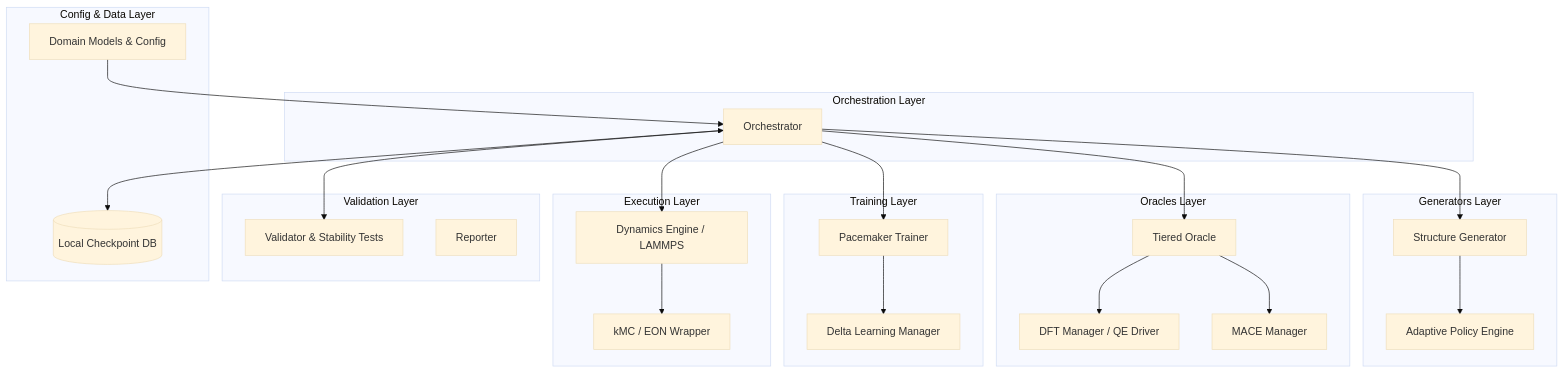
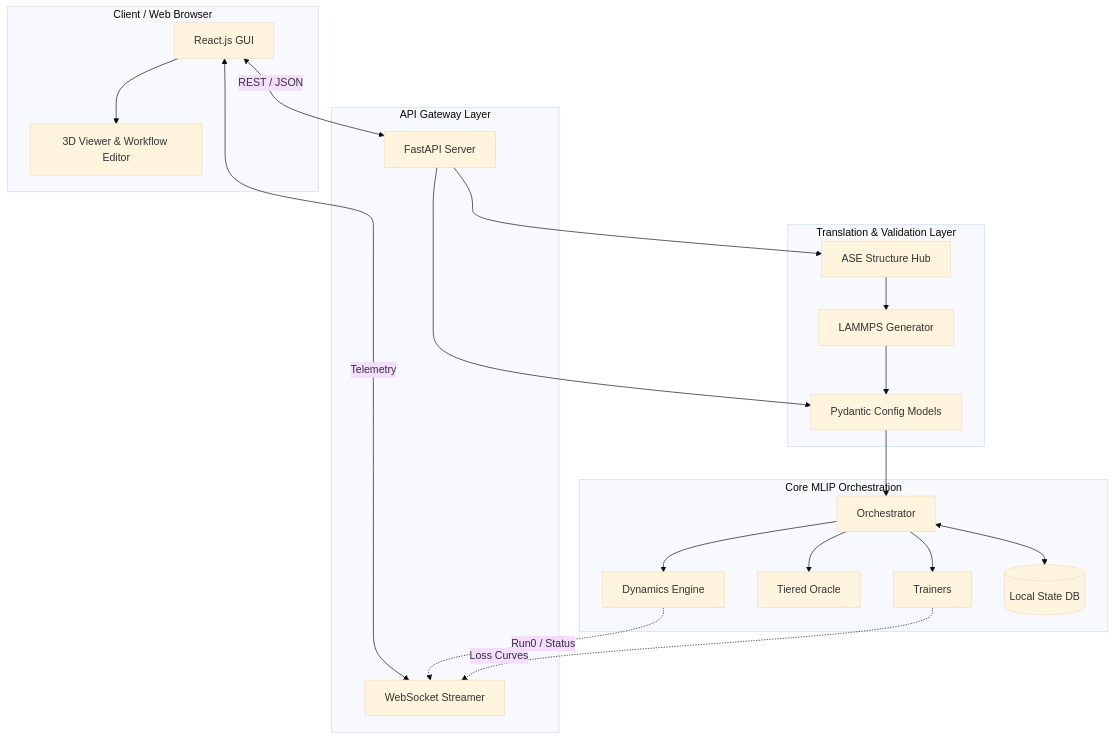
The diagram in README.md (tsuyama1990/mlip_pipelines), drawn with Mermaid (base theme) before and after one commit. The commit also changed other lines of this file and 15 other files, not shown here.

First line of the commit message:
docs: Generate Adaptive-MLIP GUI architecture and specs

````diff
--- a/README.md
+++ b/README.md
@@ -31,52 +29,44 @@
 ```mermaid
 graph TD
-    subgraph Orchestration Layer
-        O[Orchestrator]
+    subgraph Client / Web Browser
+        UI[React.js GUI]
+        V3D[3D Viewer & Workflow Editor]
+        UI --> V3D
     end
 
-    subgraph Config & Data Layer
-        C[Domain Models & Config]
-        DB[(Local Checkpoint DB)]
+    subgraph API Gateway Layer
+        FAPI[FastAPI Server]
+        WS[WebSocket Streamer]
     end
 
-    subgraph Generators Layer
-        G[Structure Generator]
-        AP[Adaptive Policy Engine]
+    subgraph Translation & Validation Layer
+        PM[Pydantic Config Models]
+        ASE[ASE Structure Hub]
+        LGEN[LAMMPS Generator]
     end
 
-    subgraph Oracles Layer
+    subgraph Core MLIP Orchestration
+        O[Orchestrator]
+        DYN[Dynamics Engine]
         TO[Tiered Oracle]
-        MACE[MACE Manager]
-        DFT[DFT Manager / QE Driver]
+        TR[Trainers]
+        DB[(Local State DB)]
     end
 
-    subgraph Training Layer
-        T[Pacemaker Trainer]
-        DL[Delta Learning Manager]
-    end
+    UI <-->|REST / JSON| FAPI
+    UI <-->|Telemetry| WS
 
-    subgraph Execution Layer
-        DE[Dynamics Engine / LAMMPS]
-        EON[kMC / EON Wrapper]
-    end
+    FAPI --> PM
+    FAPI --> ASE
+    ASE --> LGEN
+    LGEN --> PM
 
-    subgraph Validation Layer
-        V[Validator & Stability Tests]
-        REP[Reporter]
-    end
+    PM --> O
+    O <--> DB
+    O --> DYN
+    O --> TO
+    O --> TR
 
-    C --> O
-    O --> G
-    O --> TO
-    O --> T
-    O --> DE
-    O --> V
-
-    O <--> DB
-
-    G --> AP
-    TO --> MACE
-    TO --> DFT
-    T --> DL
-    DE --> EON
+    DYN -.->|Run0 / Status| WS
+    TR -.->|Loss Curves| WS
 ```
````
